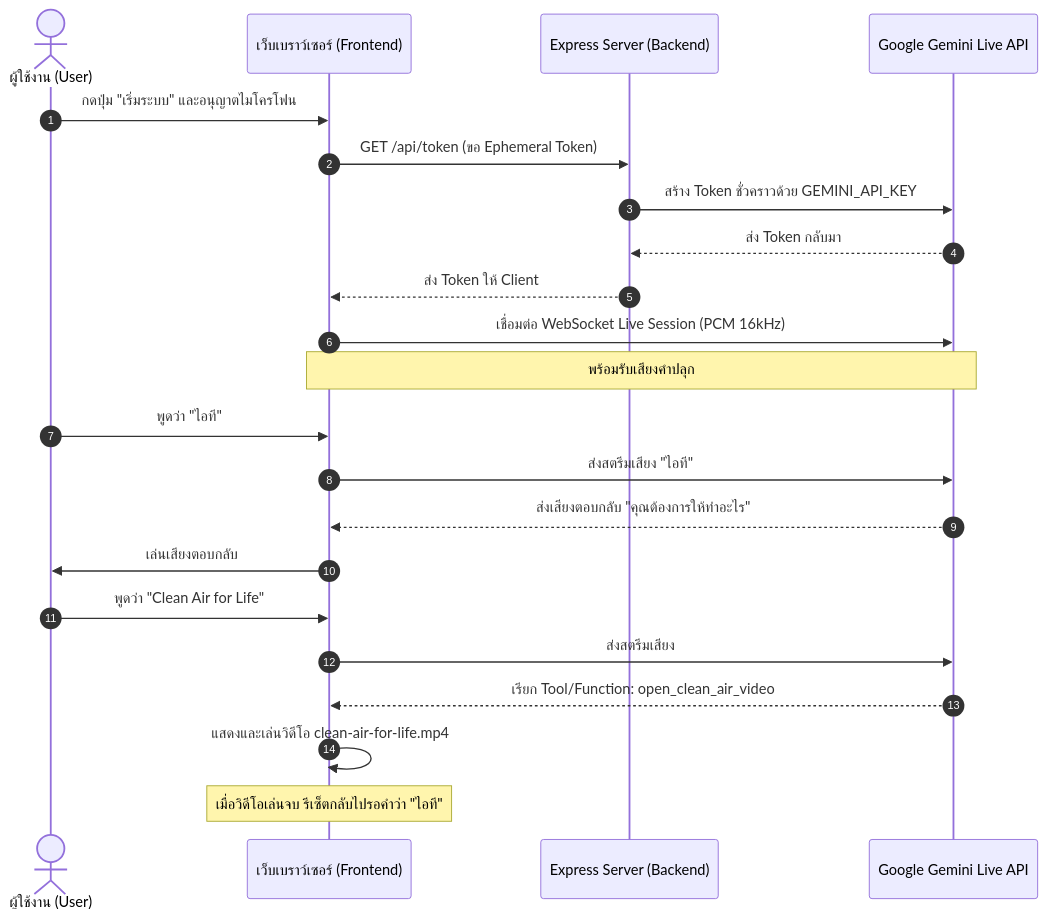
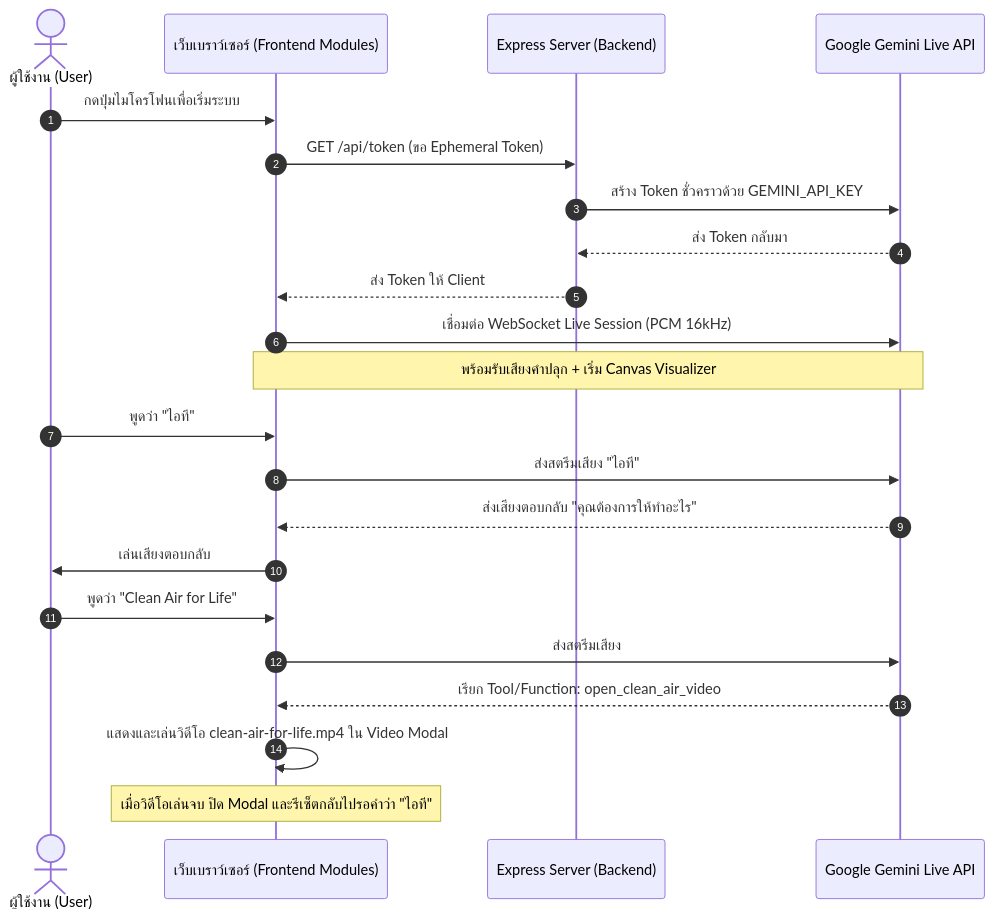
The diagram in markdowns/aboutProject.md (664244132/clean-air-voice), drawn with Mermaid before and after one commit. The commit also changed other lines of this file and 74 other files, not shown here.

````diff
--- a/markdowns/aboutProject.md
+++ b/markdowns/aboutProject.md
@@ -39,25 +44,25 @@
 ```mermaid
 sequenceDiagram
     autonumber
     actor User as ผู้ใช้งาน (User)
-    participant Browser as เว็บเบราว์เซอร์ (Frontend)
+    participant Browser as เว็บเบราว์เซอร์ (Frontend Modules)
     participant Server as Express Server (Backend)
     participant Gemini as Google Gemini Live API
 
-    User->>Browser: กดปุ่ม "เริ่มระบบ" และอนุญาตไมโครโฟน
+    User->>Browser: กดปุ่มไมโครโฟนเพื่อเริ่มระบบ
     Browser->>Server: GET /api/token (ขอ Ephemeral Token)
     Server->>Gemini: สร้าง Token ชั่วคราวด้วย GEMINI_API_KEY
     Gemini-->>Server: ส่ง Token กลับมา
     Server-->>Browser: ส่ง Token ให้ Client
     Browser->>Gemini: เชื่อมต่อ WebSocket Live Session (PCM 16kHz)
-    Note over Browser,Gemini: พร้อมรับเสียงคำปลุก
+    Note over Browser,Gemini: พร้อมรับเสียงคำปลุก + เริ่ม Canvas Visualizer
     User->>Browser: พูดว่า "ไอที"
     Browser->>Gemini: ส่งสตรีมเสียง "ไอที"
     Gemini-->>Browser: ส่งเสียงตอบกลับ "คุณต้องการให้ทำอะไร"
     Browser->>User: เล่นเสียงตอบกลับ
     User->>Browser: พูดว่า "Clean Air for Life"
     Browser->>Gemini: ส่งสตรีมเสียง
     Gemini-->>Browser: เรียก Tool/Function: open_clean_air_video
-    Browser->>Browser: แสดงและเล่นวิดีโอ clean-air-for-life.mp4
-    Note over Browser: เมื่อวิดีโอเล่นจบ รีเซ็ตกลับไปรอคำว่า "ไอที"
+    Browser->>Browser: แสดงและเล่นวิดีโอ clean-air-for-life.mp4 ใน Video Modal
+    Note over Browser: เมื่อวิดีโอเล่นจบ ปิด Modal และรีเซ็ตกลับไปรอคำว่า "ไอที"
 ```
````
